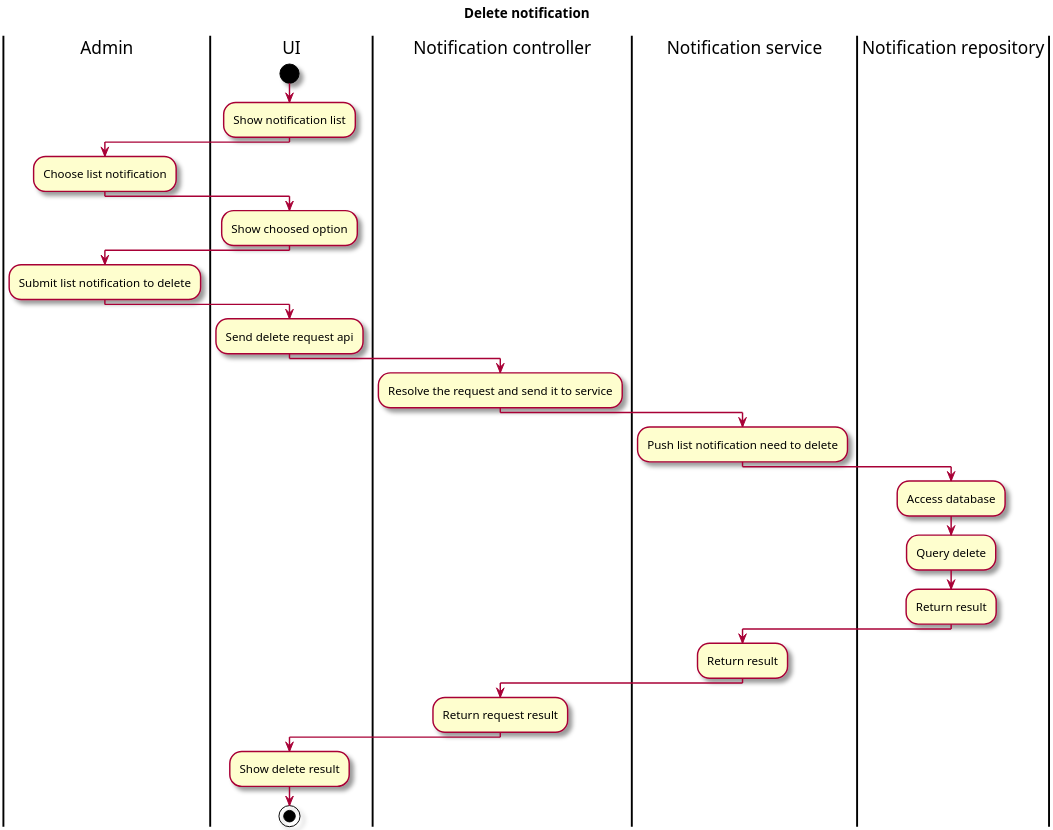
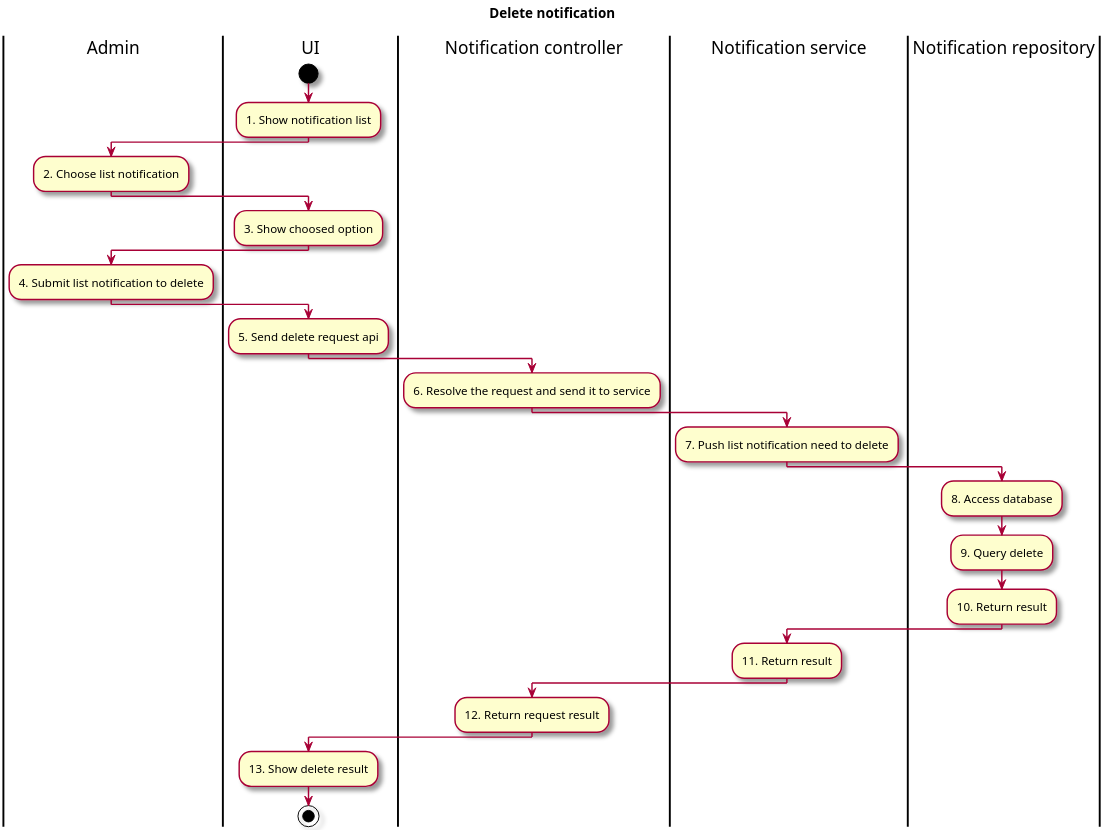
The diagram in Activity/7.4 Delete notification.puml (Marowota/ecommerce-plantuml), drawn with PlantUML before and after one commit. The commit also changed 4 other files, not shown here.

```diff
--- a/Activity/7.4 Delete notification.puml
+++ b/Activity/7.4 Delete notification.puml
@@ -1,39 +1,39 @@
 @startuml 7. Delete notification
 skin rose
 !pragma useVerticalIf on
 scale 3
 
 title "Delete notification"
 
 |Admin|
 |UI|
 start
-    :Show notification list;
+    :1. Show notification list;
     |Admin|
-    :Choose list notification;
+    :2. Choose list notification;
     |UI|
-    :Show choosed option;
+    :3. Show choosed option;
     |Admin|
-    :Submit list notification to delete;
+    :4. Submit list notification to delete;
     |UI|
-    :Send delete request api;
+    :5. Send delete request api;
     |Notification controller|
-    :Resolve the request and send it to service;
+    :6. Resolve the request and send it to service;
     |Notification service|
-    :Push list notification need to delete;
+    :7. Push list notification need to delete;
     |Notification repository|
-    :Access database;
-    :Query delete;
-    :Return result;
+    :8. Access database;
+    :9. Query delete;
+    :10. Return result;
     |Notification service|
-    :Return result;
+    :11. Return result;
     |Notification controller|
-    :Return request result;
+    :12. Return request result;
     |UI|
-    :Show delete result;
+    :13. Show delete result;
 stop
 
 
 
 
 @enduml
```
